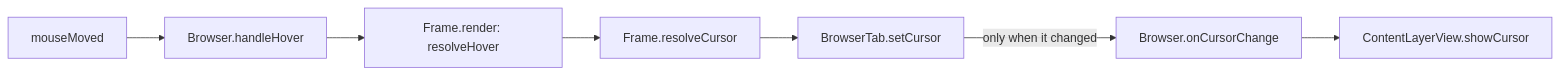
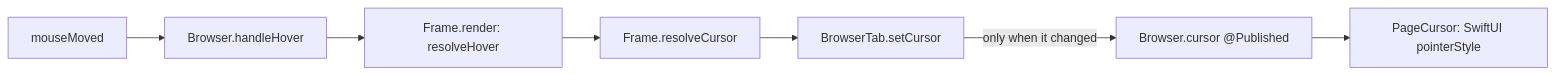
The diagram in plans/cursor-pointer.md (kresnasatya/ToyStack), drawn with Mermaid before and after one commit. The commit also changed other lines of this file and 6 other files, not shown here.

````diff
--- a/plans/cursor-pointer.md
+++ b/plans/cursor-pointer.md
@@ -11,9 +11,9 @@
 ```mermaid
 flowchart LR
     A[mouseMoved] --> B[Browser.handleHover]
     B --> C[Frame.render: resolveHover]
     C --> D[Frame.resolveCursor]
     D --> E[BrowserTab.setCursor]
-    E -->|only when it changed| F[Browser.onCursorChange]
-    F --> G[ContentLayerView.showCursor]
+    E -->|only when it changed| F[Browser.cursor @Published]
+    F --> G[PageCursor: SwiftUI pointerStyle]
 ```
````
